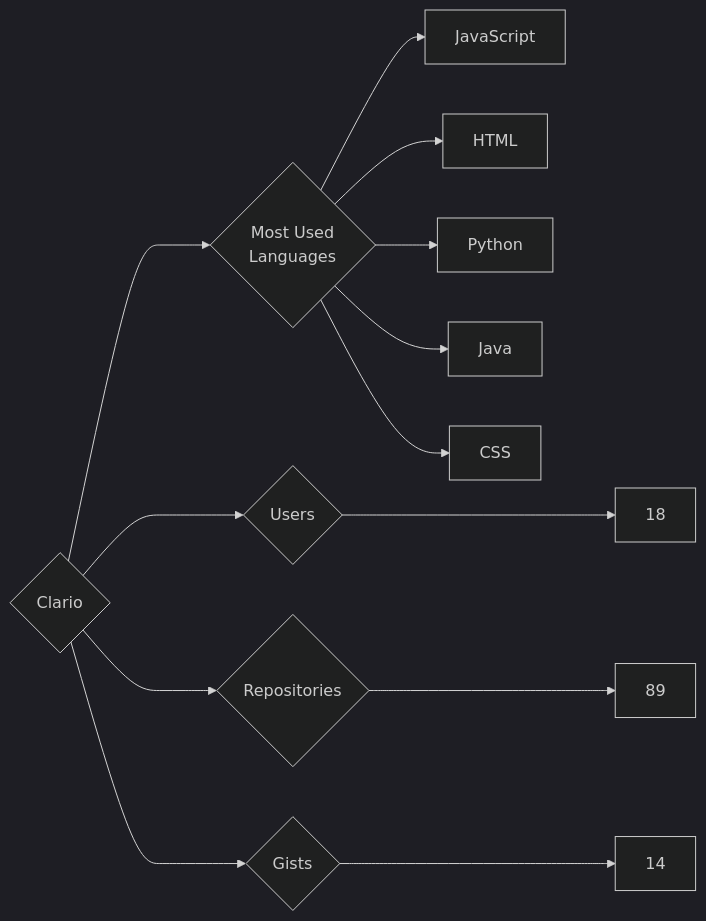
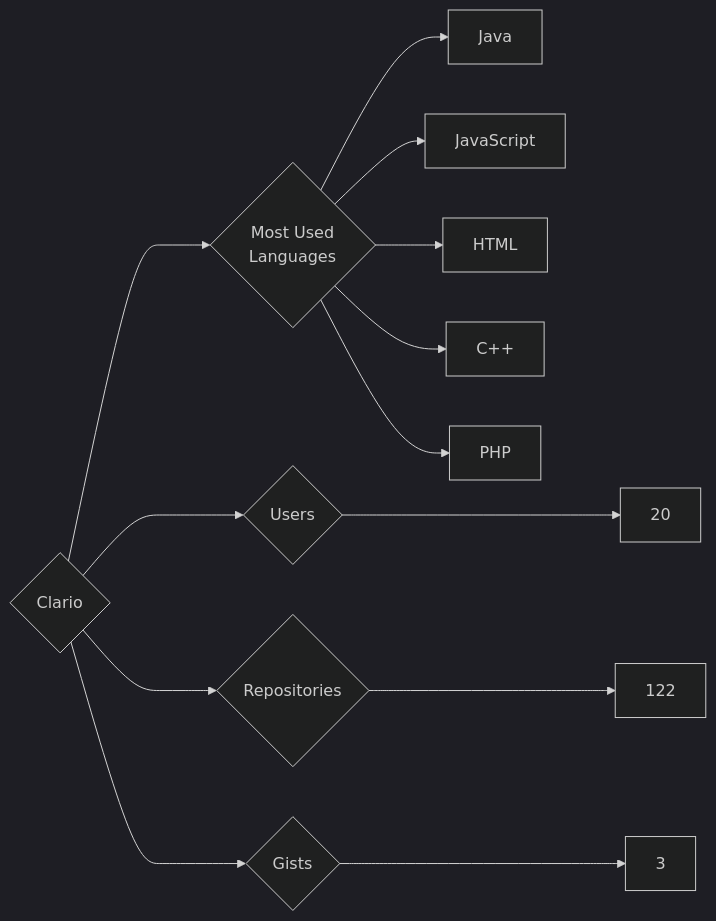
One commit to trickest/insiders changed the diagram in targets/Clario/README.md. Above: the diagram before and after it, drawn with Mermaid (dark theme). The commit also changed 682 other files, not shown here.

````diff
--- a/targets/Clario/README.md
+++ b/targets/Clario/README.md
@@ -3,13 +3,13 @@
 ```mermaid
 graph LR
 COMPANY_NAME{Clario}
-COMPANY_NAME ---> U{Users} ---> UN[18]
-COMPANY_NAME ---> R{Repositories} ---> RN[89]
-COMPANY_NAME ---> G{Gists} ---> GN[14]
+COMPANY_NAME ---> U{Users} ---> UN[20]
+COMPANY_NAME ---> R{Repositories} ---> RN[122]
+COMPANY_NAME ---> G{Gists} ---> GN[3]
 COMPANY_NAME ---> ML{Most Used<br>Languages}
+ML --> Java[Java]
 ML --> JavaScript[JavaScript]
 ML --> HTML[HTML]
-ML --> Python[Python]
-ML --> Java[Java]
-ML --> CSS[CSS]
+ML --> C++[C++]
+ML --> PHP[PHP]
 ```
````
